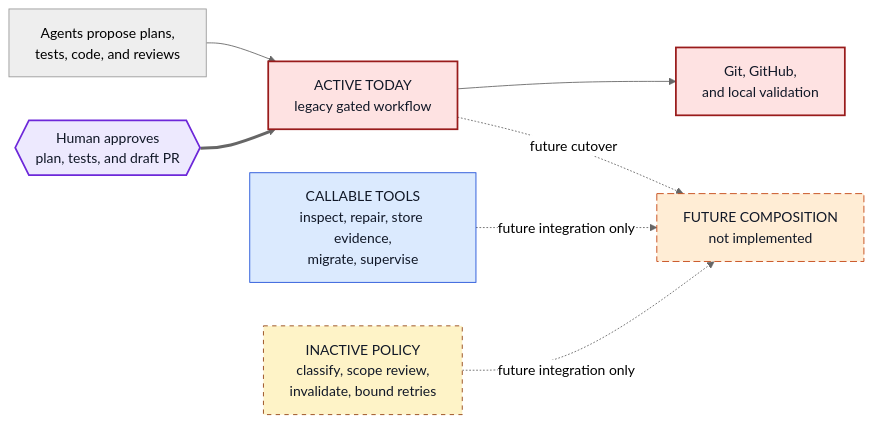
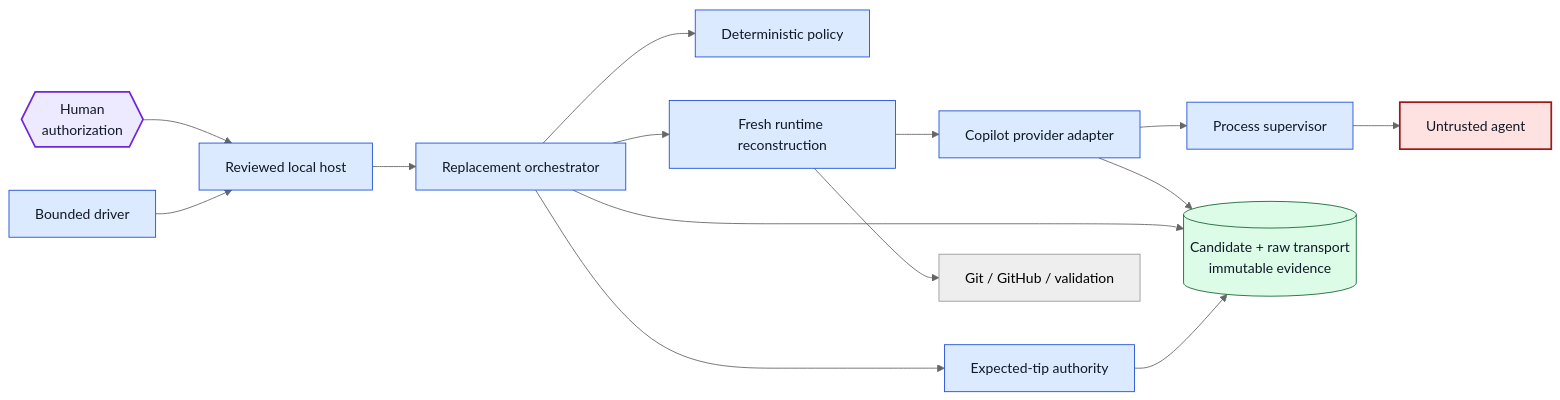
Before and after one commit to NathanZK/Fidenaut: the first of 4 diagrams in docs/engineering/agent-workflow.md, drawn with Mermaid (neutral theme). The commit also changed other lines of this file, not shown here.

Commit message:
Document replacement workflow architecture

````diff
--- a/docs/engineering/agent-workflow.md
+++ b/docs/engineering/agent-workflow.md
@@ -64,25 +137,25 @@
 ```mermaid
 flowchart LR
-  Agents["Agents propose plans,<br/>tests, code, and reviews"] --> Today["ACTIVE TODAY<br/>legacy gated workflow"]
-  Human{{"Human approves<br/>plan, tests, and draft PR"}} ==> Today
-  Today --> External["Git, GitHub,<br/>and local validation"]
+  Human{{"Human<br/>authorization"}} --> Host["Reviewed local host"]
+  Driver["Bounded driver"] --> Host
+  Host --> Orchestrator["Replacement orchestrator"]
+  Orchestrator --> Policy["Deterministic policy"]
+  Orchestrator --> Authority["Expected-tip authority"]
+  Orchestrator --> Runtime["Fresh runtime reconstruction"]
+  Runtime --> Provider["Copilot provider adapter"]
+  Provider --> Supervisor["Process supervisor"]
+  Supervisor --> Agent["Untrusted agent"]
+  Provider --> Evidence[("Candidate + raw transport<br/>immutable evidence")]
+  Orchestrator --> Evidence
+  Authority --> Evidence
+  Runtime --> External["Git / GitHub / validation"]
 
-  Tools["CALLABLE TOOLS<br/>inspect, repair, store evidence,<br/>migrate, supervise"]
-  Policy["INACTIVE POLICY<br/>classify, scope review,<br/>invalidate, bound retries"]
-  Future["FUTURE COMPOSITION<br/>not implemented"]
-
-  Tools -.->|"future integration only"| Future
-  Policy -.->|"future integration only"| Future
-  Today -.->|"future cutover"| Future
-
-  classDef active fill:#fee2e2,stroke:#991b1b,color:#111827,stroke-width:2px;
-  classDef trusted fill:#dbeafe,stroke:#1d4ed8,color:#111827;
-  classDef inactive fill:#fef3c7,stroke:#92400e,color:#111827,stroke-dasharray:5 5;
-  classDef future fill:#ffedd5,stroke:#c2410c,color:#111827,stroke-dasharray:8 4;
   classDef human fill:#ede9fe,stroke:#6d28d9,color:#111827,stroke-width:2px;
-  class Today,External active;
-  class Tools trusted;
-  class Policy inactive;
-  class Future future;
+  classDef control fill:#dbeafe,stroke:#1d4ed8,color:#111827;
+  classDef store fill:#dcfce7,stroke:#166534,color:#111827;
+  classDef untrusted fill:#fee2e2,stroke:#991b1b,color:#111827,stroke-width:2px;
   class Human human;
+  class Host,Driver,Orchestrator,Policy,Authority,Runtime,Supervisor,Provider control;
+  class Evidence store;
+  class Agent untrusted;
 ```
````
